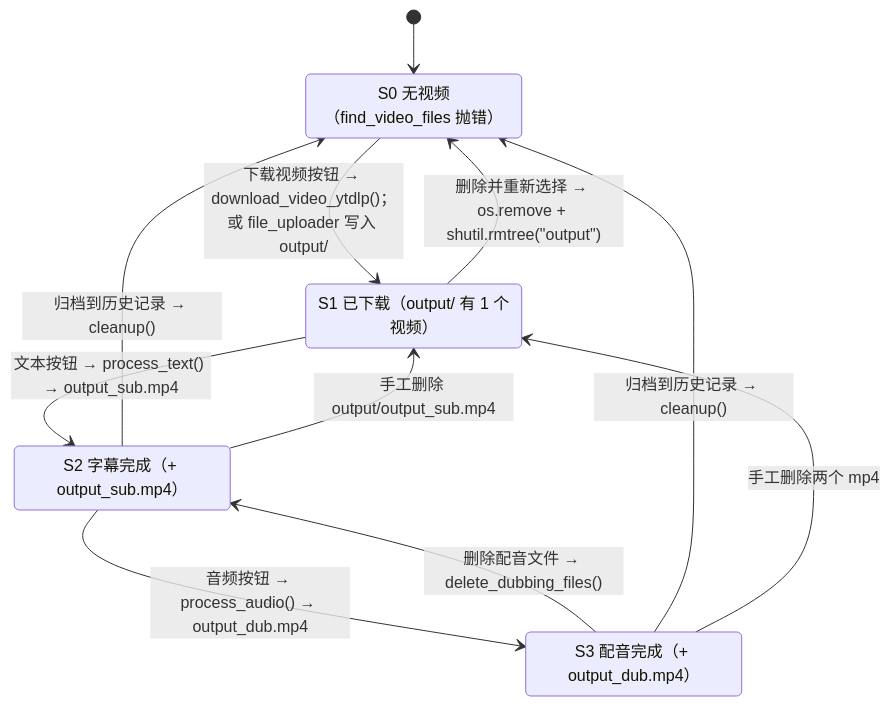
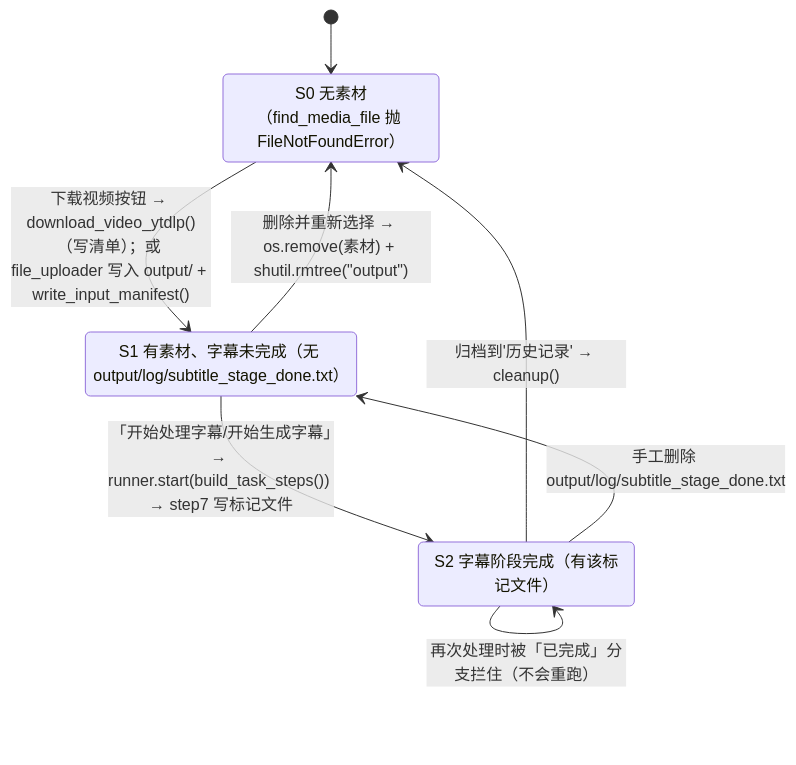
The fourth of 4 diagrams in devdocs/01-entrypoints/01-Streamlit主应用入口.md (Brzjomo/VideoLingoMove), drawn with Mermaid before and after one commit. The commit also changed other lines of this file and 30 other files, not shown here.

````diff
--- a/devdocs/01-entrypoints/01-Streamlit主应用入口.md
+++ b/devdocs/01-entrypoints/01-Streamlit主应用入口.md
@@ -165,18 +188,14 @@
 ```mermaid
 stateDiagram-v2
     [*] --> S0
-    S0 : S0 无视频（find_video_files 抛错）
-    S1 : S1 已下载（output/ 有 1 个视频）
-    S2 : S2 字幕完成（+ output_sub.mp4）
-    S3 : S3 配音完成（+ output_dub.mp4）
+    S0 : S0 无素材（find_media_file 抛 FileNotFoundError）
+    S1 : S1 有素材、字幕未完成（无 output/log/subtitle_stage_done.txt）
+    S2 : S2 字幕阶段完成（有该标记文件）
 
-    S0 --> S1 : 下载视频按钮 → download_video_ytdlp()；或 file_uploader 写入 output/
-    S1 --> S2 : 文本按钮 → process_text() → output_sub.mp4
-    S2 --> S3 : 音频按钮 → process_audio() → output_dub.mp4
-    S3 --> S2 : 删除配音文件 → delete_dubbing_files()
-    S2 --> S0 : 归档到历史记录 → cleanup()
-    S3 --> S0 : 归档到历史记录 → cleanup()
-    S1 --> S0 : 删除并重新选择 → os.remove + shutil.rmtree("output")
-    S2 --> S1 : 手工删除 output/output_sub.mp4
-    S3 --> S1 : 手工删除两个 mp4
+    S0 --> S1 : 下载视频按钮 → download_video_ytdlp()（写清单）；或 file_uploader 写入 output/ + write_input_manifest()
+    S1 --> S2 : 「开始处理字幕/开始生成字幕」→ runner.start(build_task_steps()) → step7 写标记文件
+    S2 --> S0 : 归档到'历史记录' → cleanup()
+    S1 --> S0 : 删除并重新选择 → os.remove(素材) + shutil.rmtree("output")
+    S2 --> S1 : 手工删除 output/log/subtitle_stage_done.txt
+    S2 --> S2 : 再次处理时被「已完成」分支拦住（不会重跑）
 ```
````
